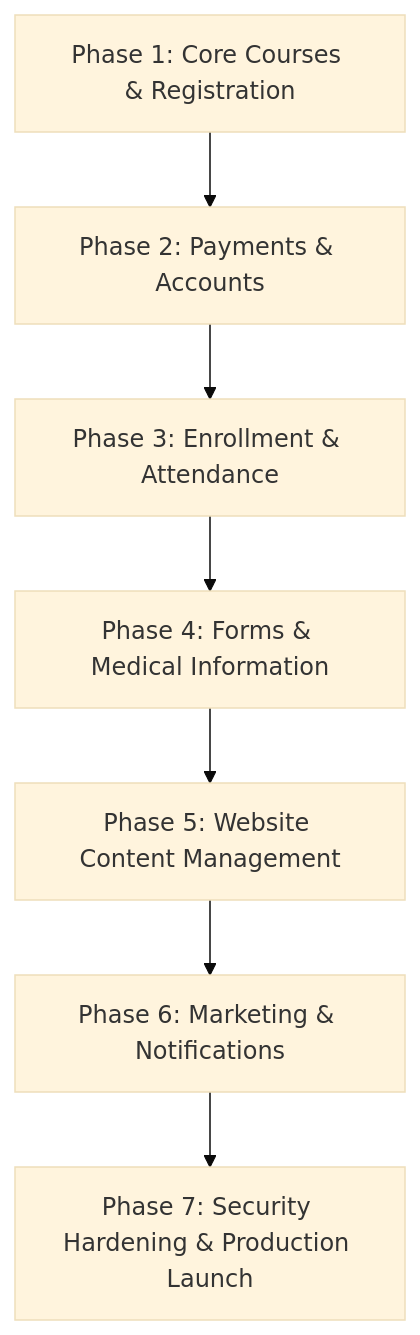
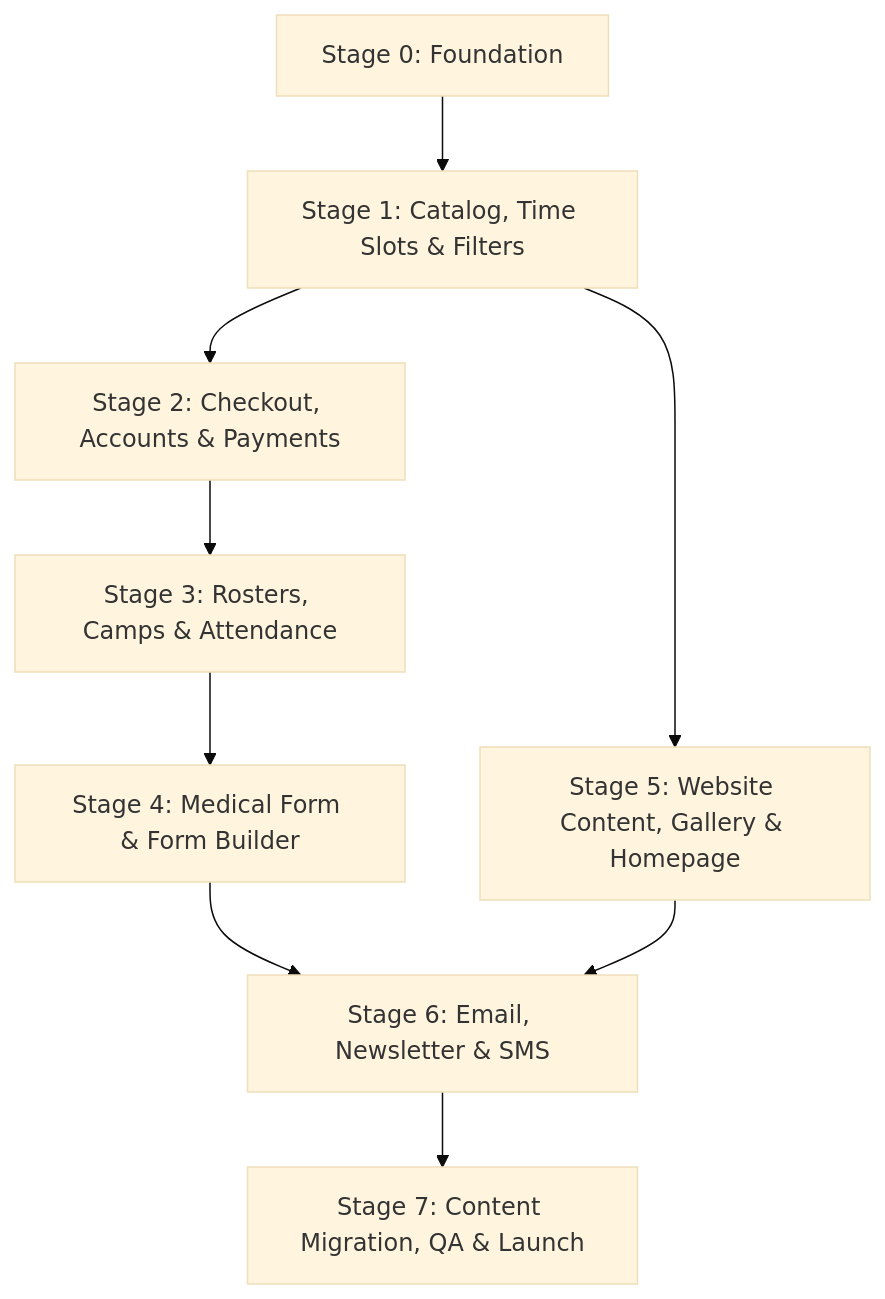
The first of 3 diagrams in STEMOTICS_R&D_Documentation/DOC/Phase-11-Deployment-Handover.md (sohailamir06/STEMOTICS-Website-CMS), drawn with Mermaid (base theme) before and after one commit. The commit also changed other lines of this file and 12 other files, not shown here.

````diff
--- a/STEMOTICS_R&D_Documentation/DOC/Phase-11-Deployment-Handover.md
+++ b/STEMOTICS_R&D_Documentation/DOC/Phase-11-Deployment-Handover.md
@@ -13,9 +13,11 @@
 ```mermaid
 graph TD
-    S1[Phase 1: Core Courses & Registration] --> S2[Phase 2: Payments & Accounts]
-    S2 --> S3[Phase 3: Enrollment & Attendance]
-    S3 --> S4[Phase 4: Forms & Medical Information]
-    S4 --> S5[Phase 5: Website Content Management]
-    S5 --> S6[Phase 6: Marketing & Notifications]
-    S6 --> S7[Phase 7: Security Hardening & Production Launch]
+    S0[Stage 0: Foundation] --> S1[Stage 1: Catalog, Time Slots & Filters]
+    S1 --> S2[Stage 2: Checkout, Accounts & Payments]
+    S2 --> S3[Stage 3: Rosters, Camps & Attendance]
+    S3 --> S4[Stage 4: Medical Form & Form Builder]
+    S1 --> S5[Stage 5: Website Content, Gallery & Homepage]
+    S4 --> S6[Stage 6: Email, Newsletter & SMS]
+    S5 --> S6
+    S6 --> S7[Stage 7: Content Migration, QA & Launch]
 ```
````
